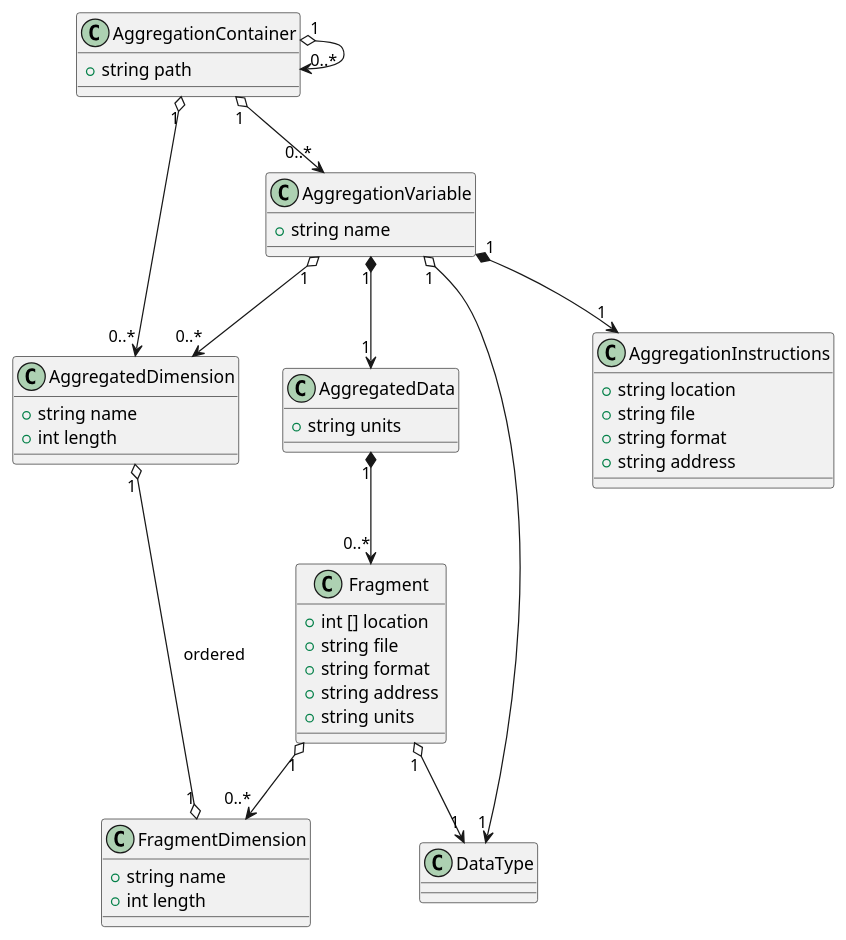
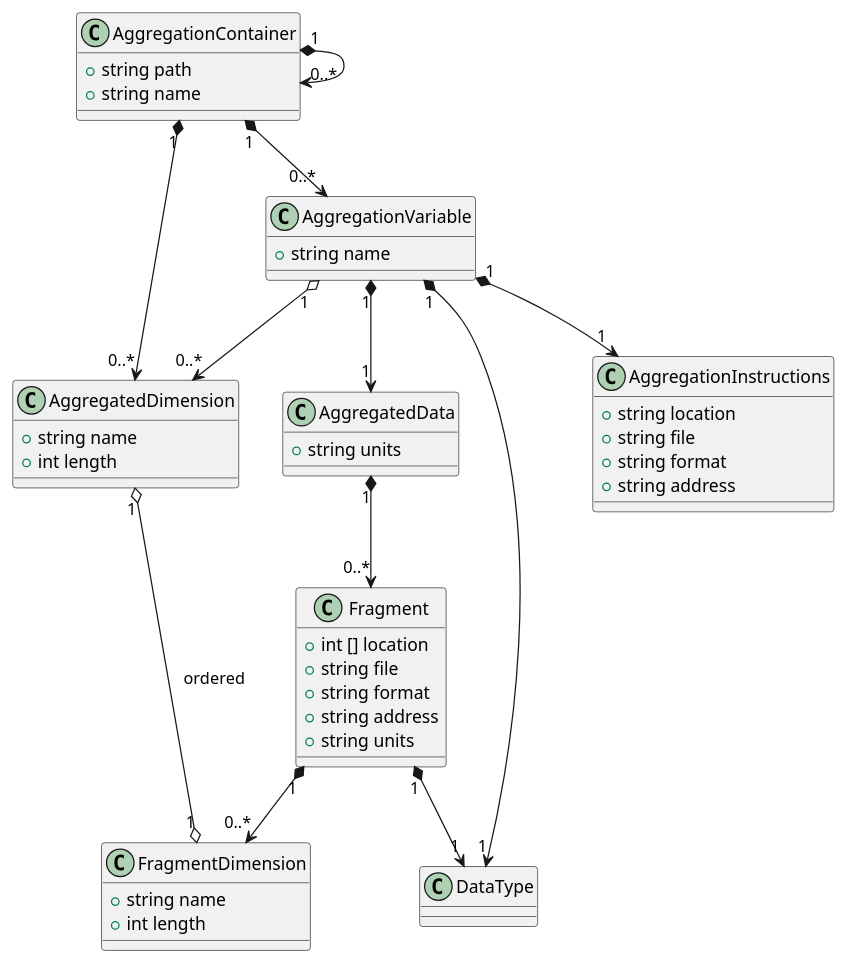
One commit to cedadev/CFA-C changed the diagram in doc/uml/cfa_class_diagram.puml. Above: the diagram before and after it, drawn with PlantUML. The commit also changed 12 other files, not shown here.

```diff
--- a/doc/uml/cfa_class_diagram.puml
+++ b/doc/uml/cfa_class_diagram.puml
@@ -1,54 +1,55 @@
 @startuml
 
 class DataType {
 }
 
 class Fragment {
     +int [] location
     +string file
     +string format
     +string address
     +string units
 }
 
 class AggregatedData {
     +string units
 }
 
 class AggregationInstructions {
     +string location
     +string file
     +string format
     +string address
 }
 
 class AggregatedDimension {
     +string name
     +int length
 }
 
 class FragmentDimension {
     +string name
     +int length
 }
 
 class AggregationVariable {
     +string name
 }
 
 class AggregationContainer {
     +string path
+    +string name
 }
 
 AggregationVariable "1" o--> "0..*" AggregatedDimension
 AggregationVariable "1" *--> "1" AggregatedData
 AggregatedData "1" *--> "0..*" Fragment
-Fragment "1" o--> "0..*" FragmentDimension
+Fragment "1" *--> "0..*" FragmentDimension
 AggregatedDimension "1" o--o "1" FragmentDimension : ordered
 AggregationVariable "1" *--> "1" AggregationInstructions
-AggregationVariable "1" o--> "1" DataType
-Fragment "1" o--> "1" DataType
-AggregationContainer "1" o--> "0..*" AggregationVariable
-AggregationContainer "1" o--> "0..*" AggregatedDimension
-AggregationContainer "1" o--> "0..*" AggregationContainer
+AggregationVariable "1" *--> "1" DataType
+Fragment "1" *--> "1" DataType
+AggregationContainer "1" *--> "0..*" AggregationVariable
+AggregationContainer "1" *--> "0..*" AggregatedDimension
+AggregationContainer "1" *--> "0..*" AggregationContainer
 @enduml
```
